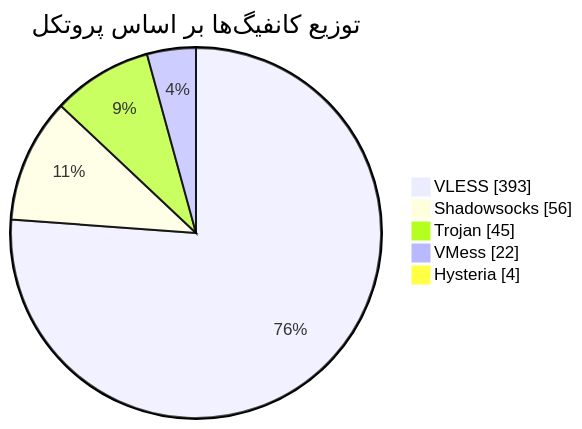
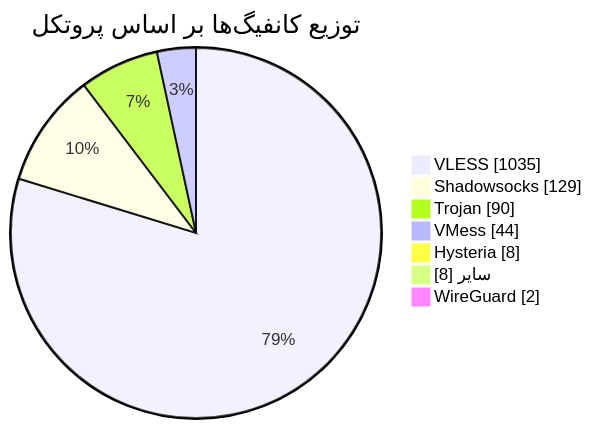
Before and after one commit to Arian-Alijani/Somthing: the diagram in README.md, drawn with Mermaid. The commit also changed other lines of this file and 109 other files, not shown here.

````diff
--- a/README.md
+++ b/README.md
@@ -47,9 +49,11 @@
 ```mermaid
 pie showData
     title توزیع کانفیگ‌ها بر اساس پروتکل
-    "VLESS" : 393
-    "Shadowsocks" : 56
-    "Trojan" : 45
-    "VMess" : 22
-    "Hysteria" : 4
+    "VLESS" : 1035
+    "Shadowsocks" : 129
+    "Trojan" : 90
+    "VMess" : 44
+    "Hysteria" : 8
+    "سایر" : 8
+    "WireGuard" : 2
 ```
````
